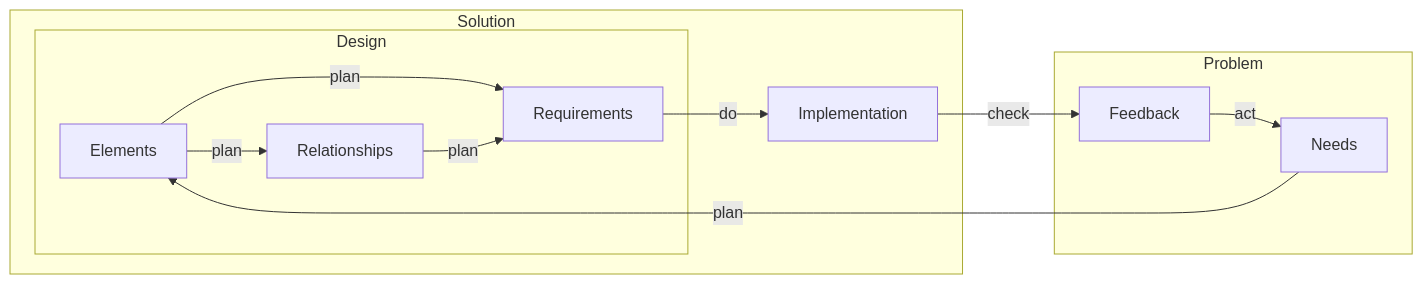
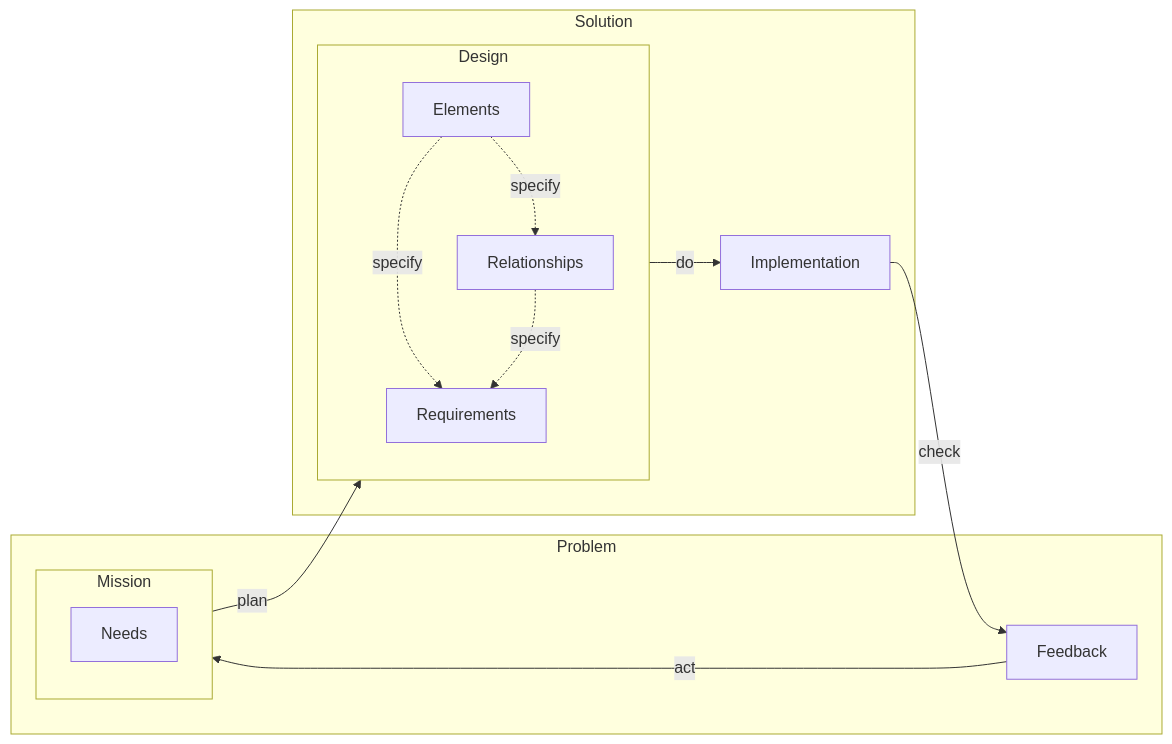
One commit to firstprinciplesthinking/paper_development_lifecycle changed the seventh of 11 diagrams in README.md. Above: the diagram before and after it, drawn with Mermaid. The commit also changed other lines of this file, not shown here.

Commit message:
Expand mission control

````diff
--- a/README.md
+++ b/README.md
@@ -139,25 +144,27 @@
 ```mermaid
    flowchart LR
       subgraph Solution
         subgraph Design
             Elements
             Relationships
             Requirements
          end
          Implementation
       end
       
       subgraph Problem
-         Needs
+         subgraph Mission
+            Needs
+         end
          Feedback
       end
 
-      Needs--"plan"-->Elements
-      Elements--"plan"-->Requirements
-      Elements--"plan"-->Relationships
-      Relationships--"plan"-->Requirements
-      Requirements--"do"-->Implementation
+      Elements-."specify".->Requirements
+      Elements-."specify".->Relationships
+      Relationships-."specify".->Requirements
+
+      Mission--"plan"-->Design
+      Design--"do"-->Implementation
       Implementation--"check"-->Feedback
-      Feedback--"act"-->Needs
-
+      Feedback--"act"-->Mission
 ```
````
